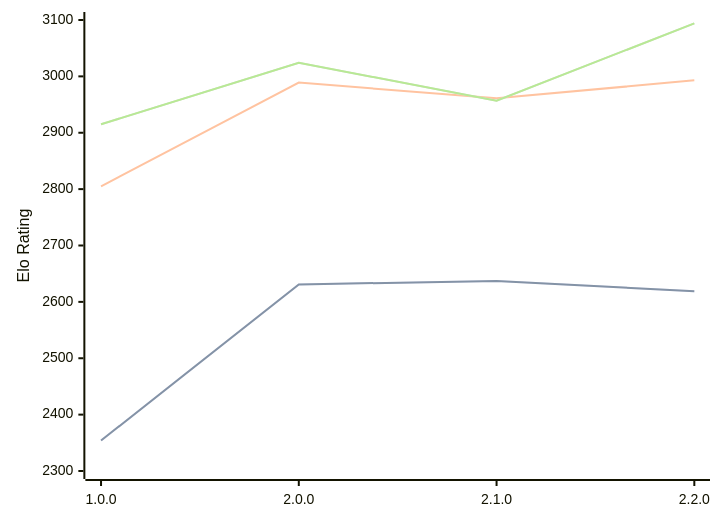
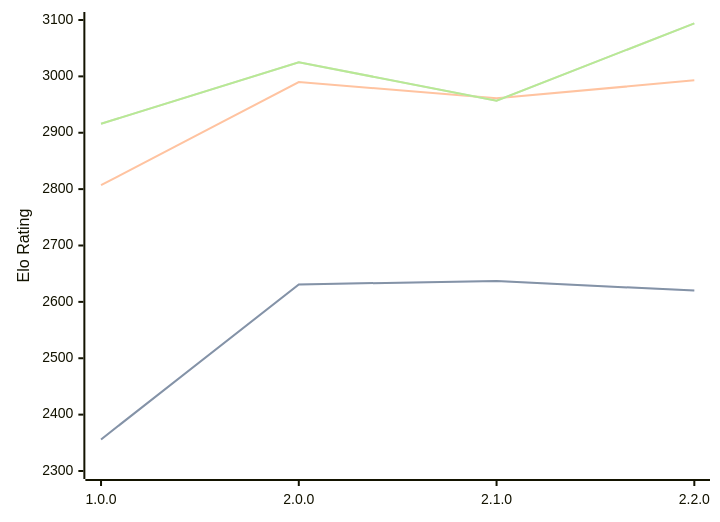
Before and after one commit to computer-chess-index/cci: the diagram in engines/Catalyst.md, drawn with Mermaid. The commit also changed other lines of this file, not shown here.

Commit message:
Update CCI Ratings (ELO VLTC) - 2026-04-19

````diff
--- a/engines/Catalyst.md
+++ b/engines/Catalyst.md
@@ -34,11 +34,11 @@
 ```mermaid
 %%{init: {"theme":"base","themeVariables":{"seriesColors:['#a3a3a3','#222221','#faa371']}}}%%
 xychart-beta
   x-axis ["1.0.0", "2.0.0", "2.1.0", "2.2.0"]
   y-axis "Elo Rating" 2300 --> 3100
-  line "STC (8.0+0.08s)" [2354, 2631, 2637, 2619]
-  line "STC (8.0+0.08s)" [2354, 2631, 2637, 2619]
-  line "LTC (60.0+0.60s)" [2805, 2989, 2961, 2993]
-  line "VLTC (2m24s+1.12s)" [2915, 3024, 2957, 3094]
-  line "VLTC (2m24s+1.12s)" [2915, 3024, 2957, 3094]
+  line "STC (8.0+0.08s)" [2356, 2631, 2637, 2620]
+  line "STC (8.0+0.08s)" [2356, 2631, 2637, 2620]
+  line "LTC (60.0+0.60s)" [2807, 2990, 2961, 2993]
+  line "VLTC (2m24s+1.12s)" [2916, 3025, 2957, 3094]
+  line "VLTC (2m24s+1.12s)" [2916, 3025, 2957, 3094]
 ```
````
